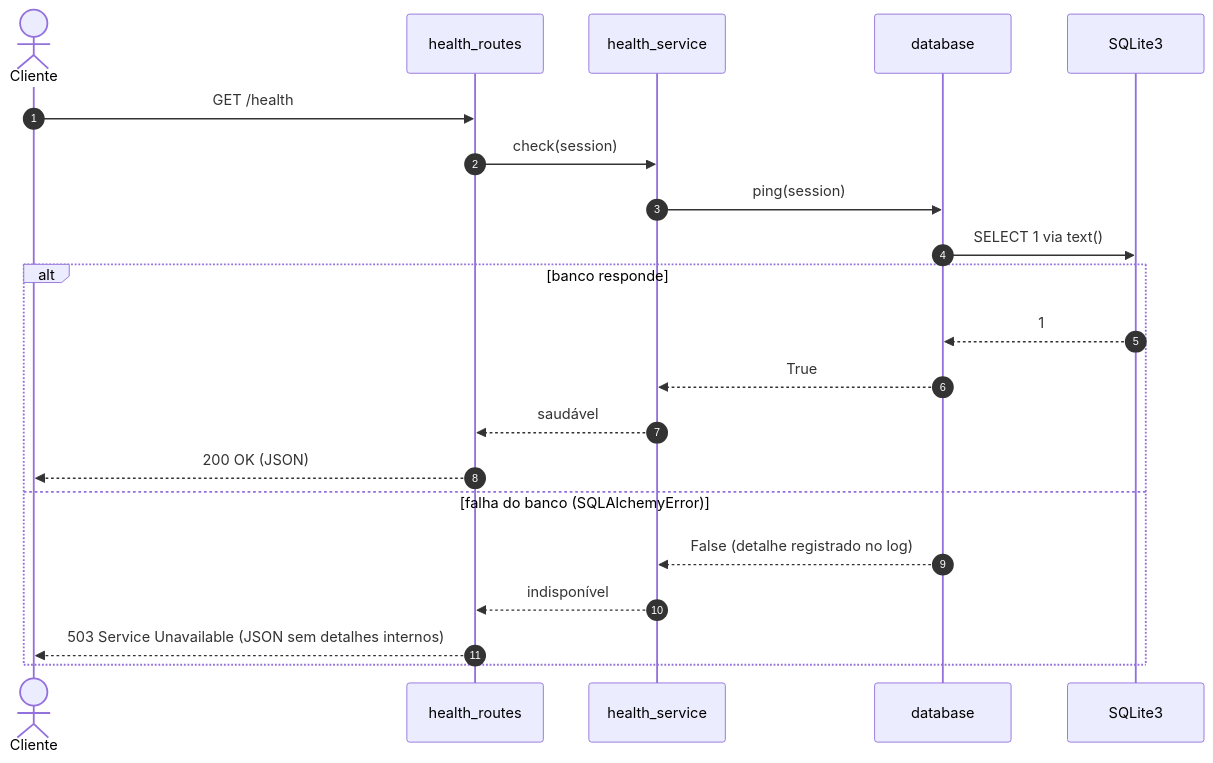
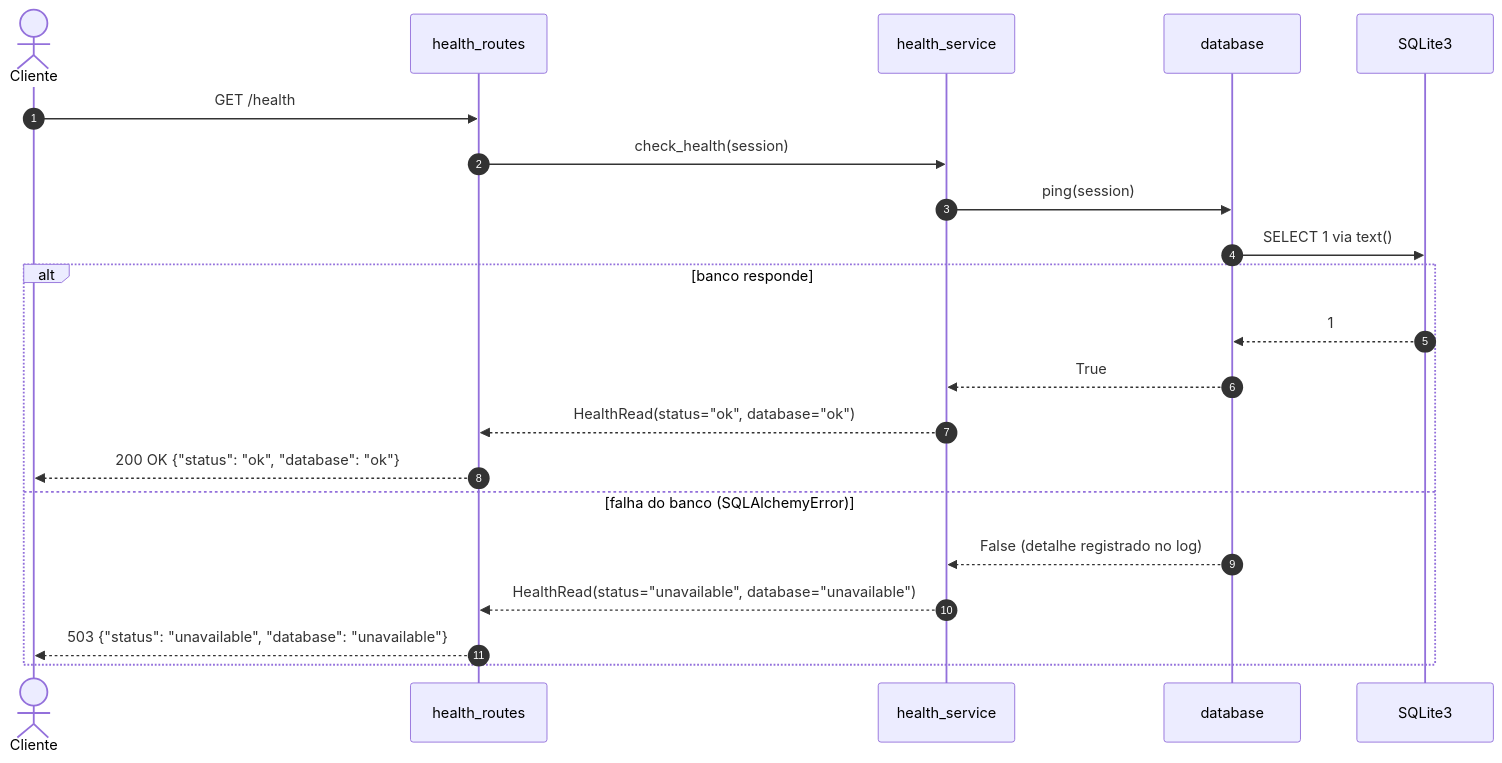
Before and after one commit to luisZsiqueira/laboratorio-projeto: the third of 6 diagrams in docs/arquitetura.md, drawn with Mermaid. The commit also changed other lines of this file and 8 other files, not shown here.

````diff
--- a/docs/arquitetura.md
+++ b/docs/arquitetura.md
@@ -127,24 +131,24 @@
 ```mermaid
 sequenceDiagram
     autonumber
     actor C as Cliente
     participant H as health_routes
     participant HS as health_service
     participant D as database
     participant DB as SQLite3
 
     C->>H: GET /health
-    H->>HS: check(session)
+    H->>HS: check_health(session)
     HS->>D: ping(session)
     D->>DB: SELECT 1 via text()
     alt banco responde
         DB-->>D: 1
         D-->>HS: True
-        HS-->>H: saudável
-        H-->>C: 200 OK (JSON)
+        HS-->>H: HealthRead(status="ok", database="ok")
+        H-->>C: 200 OK {"status": "ok", "database": "ok"}
     else falha do banco (SQLAlchemyError)
         D-->>HS: False (detalhe registrado no log)
-        HS-->>H: indisponível
-        H-->>C: 503 Service Unavailable (JSON sem detalhes internos)
+        HS-->>H: HealthRead(status="unavailable", database="unavailable")
+        H-->>C: 503 {"status": "unavailable", "database": "unavailable"}
     end
 ```
````
